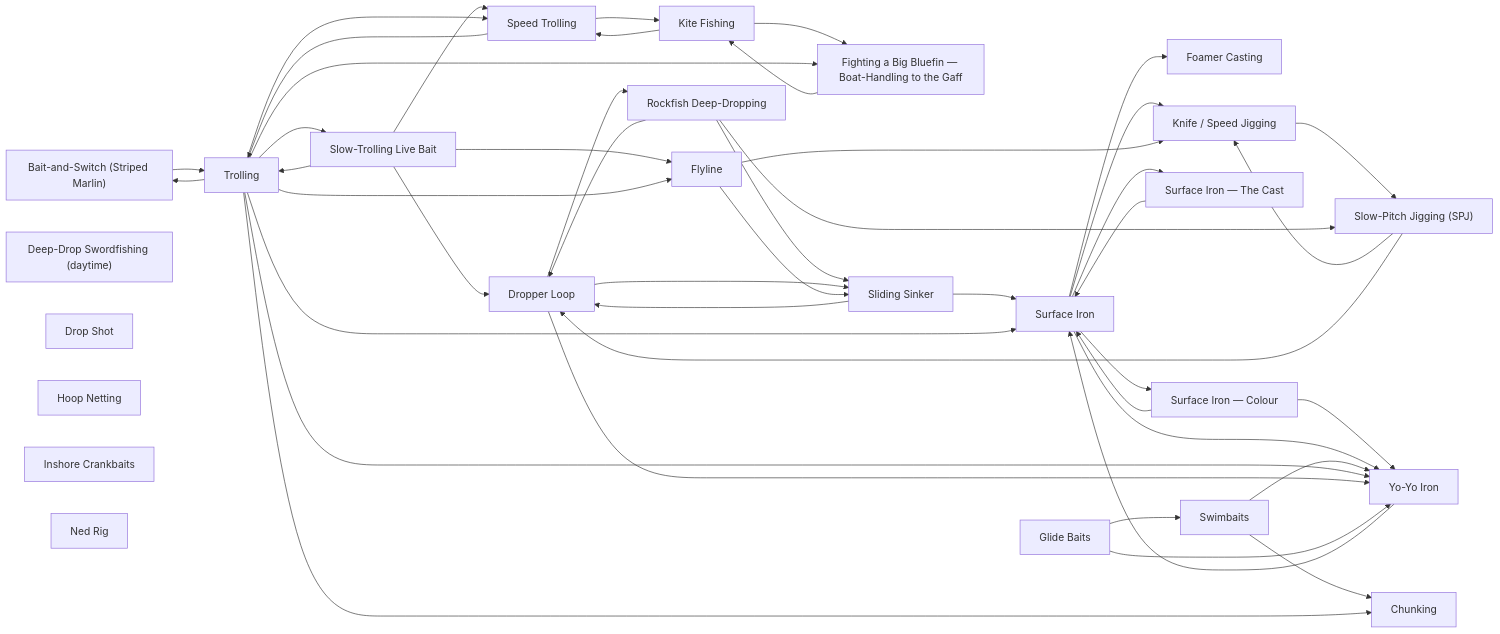
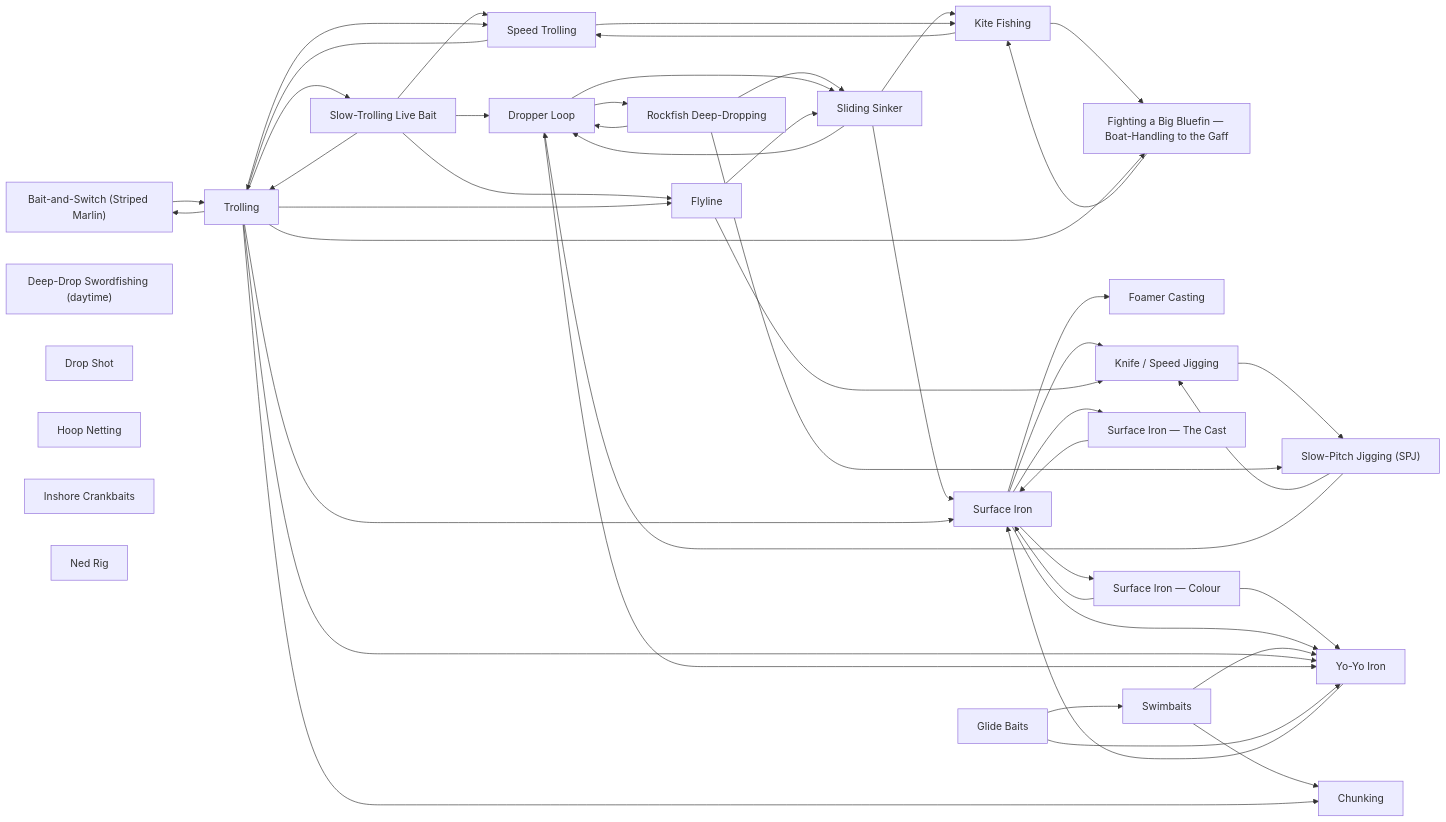
One commit to camchuckpete-max/Socal-Fishing-Knowledge changed the diagram in techniques/README.md. Above: the diagram before and after it, drawn with Mermaid. The commit also changed 7 other files, not shown here.

````diff
--- a/techniques/README.md
+++ b/techniques/README.md
@@ -38,72 +38,73 @@
 ```mermaid
 graph LR
   n0["Bait-and-Switch (Striped Marlin)"]
   n1["Chunking"]
   n2["Deep-Drop Swordfishing (daytime)"]
   n3["Drop Shot"]
   n4["Dropper Loop"]
   n5["Fighting a Big Bluefin — Boat-Handling to the Gaff"]
   n6["Flyline"]
   n7["Foamer Casting"]
   n8["Glide Baits"]
   n9["Hoop Netting"]
   n10["Inshore Crankbaits"]
   n11["Kite Fishing"]
   n12["Knife / Speed Jigging"]
   n13["Ned Rig"]
   n14["Rockfish Deep-Dropping"]
   n15["Sliding Sinker"]
   n16["Slow-Pitch Jigging (SPJ)"]
   n17["Slow-Trolling Live Bait"]
   n18["Speed Trolling"]
   n19["Surface Iron — The Cast"]
   n20["Surface Iron — Colour"]
   n21["Surface Iron"]
   n22["Swimbaits"]
   n23["Trolling"]
   n24["Yo-Yo Iron"]
   n0 --> n23
   n11 --> n18
   n11 --> n5
   n12 --> n16
   n14 --> n15
   n14 --> n16
   n14 --> n4
+  n15 --> n11
   n15 --> n21
   n15 --> n4
   n16 --> n12
   n16 --> n4
   n17 --> n18
   n17 --> n23
   n17 --> n4
   n17 --> n6
   n18 --> n11
   n18 --> n23
   n19 --> n21
   n20 --> n21
   n20 --> n24
   n21 --> n12
   n21 --> n19
   n21 --> n20
   n21 --> n24
   n21 --> n7
   n22 --> n1
   n22 --> n24
   n23 --> n0
   n23 --> n1
   n23 --> n17
   n23 --> n18
   n23 --> n21
   n23 --> n24
   n23 --> n5
   n23 --> n6
   n24 --> n21
   n4 --> n14
   n4 --> n15
   n4 --> n24
   n5 --> n11
   n6 --> n12
   n6 --> n15
   n8 --> n22
   n8 --> n24
 ```
````
